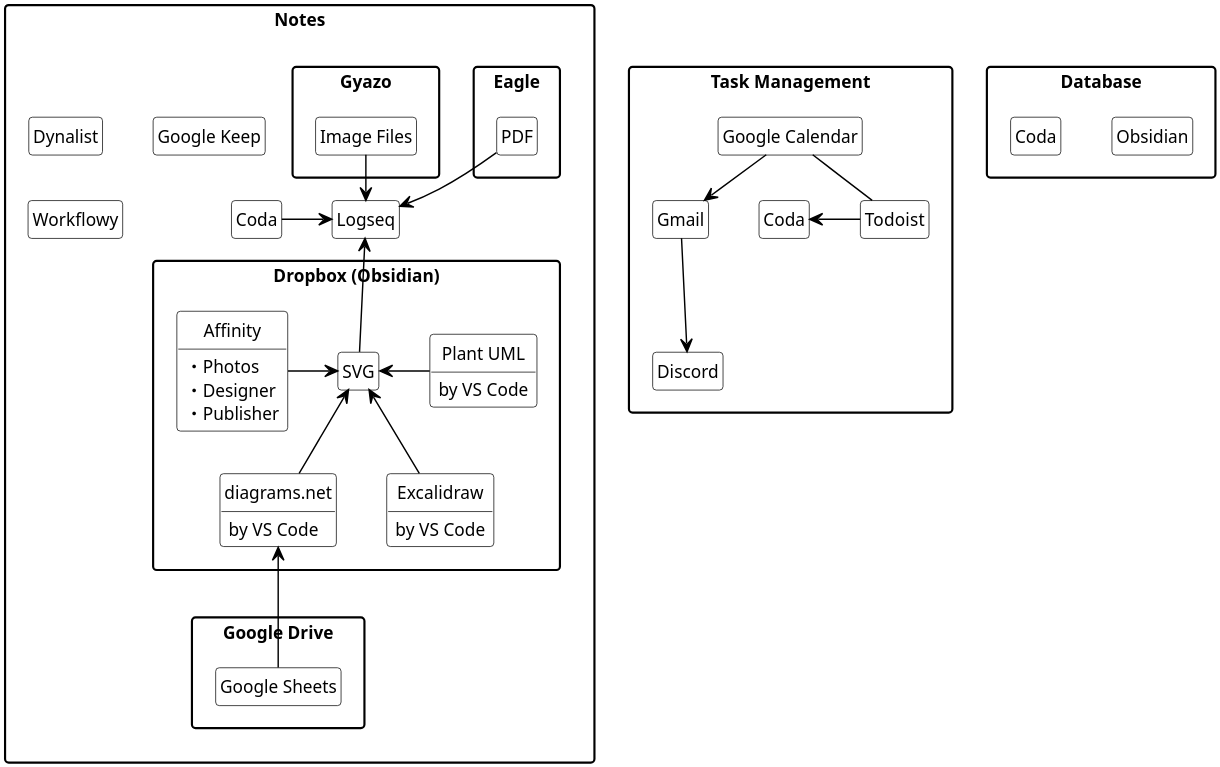
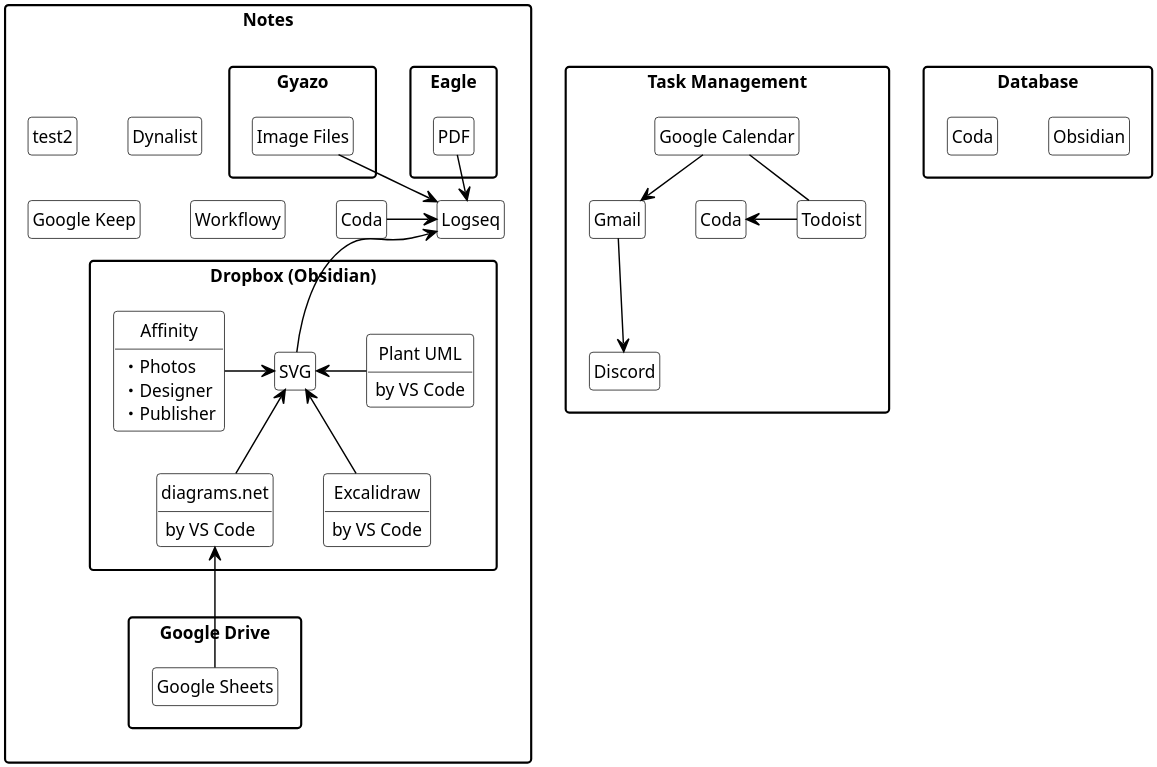
One commit to h-row-ita/embedded-assets changed the diagram in Productivity Tools/default.pu. Above: the diagram before and after it, drawn with PlantUML. The commit also changed 1 other file, not shown here.

```diff
--- a/Productivity Tools/default.pu
+++ b/Productivity Tools/default.pu
@@ -1,97 +1,98 @@
 @startuml
 
 hide circle
 hide empty fields
 hide empty methods
 
 skinparam class {
     backGroundColor white
     borderColor black
     arrowColor black
 }
 
 skinparam package {
     style rectangle
 }
 
 skinparam {
     shadowing false
     ranksep 30
     dpi 300
     arrowThickness 1
     defaultFontSize 12
     arrowFontSize 8
 }
 
 package "Notes" {
+    class "test2" as test
     class "Logseq" as logseq
     package "Dropbox (Obsidian)" as dropbox{
         class "SVG" as svg
         class "diagrams.net" as diagramsnet {
             by VS Code
         }
         class "Excalidraw" as excalidraw {
             by VS Code
         }
         class "Plant UML" as plantuml {
             by VS Code
         }
         class "Affinity" as affinity {
             ・Photos
             ・Designer
             ・Publisher
         }
     }
     package "Google Drive" as googledrive {
         class "Google Sheets" as googlesheets
     }
     package "Eagle" as eagle {
         class "PDF" as pdf
     }
     package "Gyazo" as gyazo {
         class "Image Files" as imagefiles
     }
     class "Coda" as coda
     class "Dynalist" as dynalist 
     class "Google Keep" as googlekeep
     class "Workflowy" as workflowy
 }
 
 package "Database" {
     class "Obsidian" as obsidian
     class "Coda" as coda2
 }
 
 package "Task Management" {
     class "Coda" as coda3
     class "Todoist" as todoist
     class "Google Calendar" as googlecalendar
     class "Gmail" as gmail
     class "Discord" as discord
 }
 
 'Notes
 logseq <-- svg
 plantuml -u> svg
 excalidraw -u-> svg
 diagramsnet -u-> svg
 affinity -> svg
 googlesheets -u--> diagramsnet
 logseq <-u- pdf
 imagefiles --> logseq
 coda -> logseq
 
 'Database
 
 'Task Management
 googlecalendar -- todoist
 gmail <-u- googlecalendar
 gmail --> discord
 todoist -u> coda3
 
 
 
 
 
 
 @enduml
```
